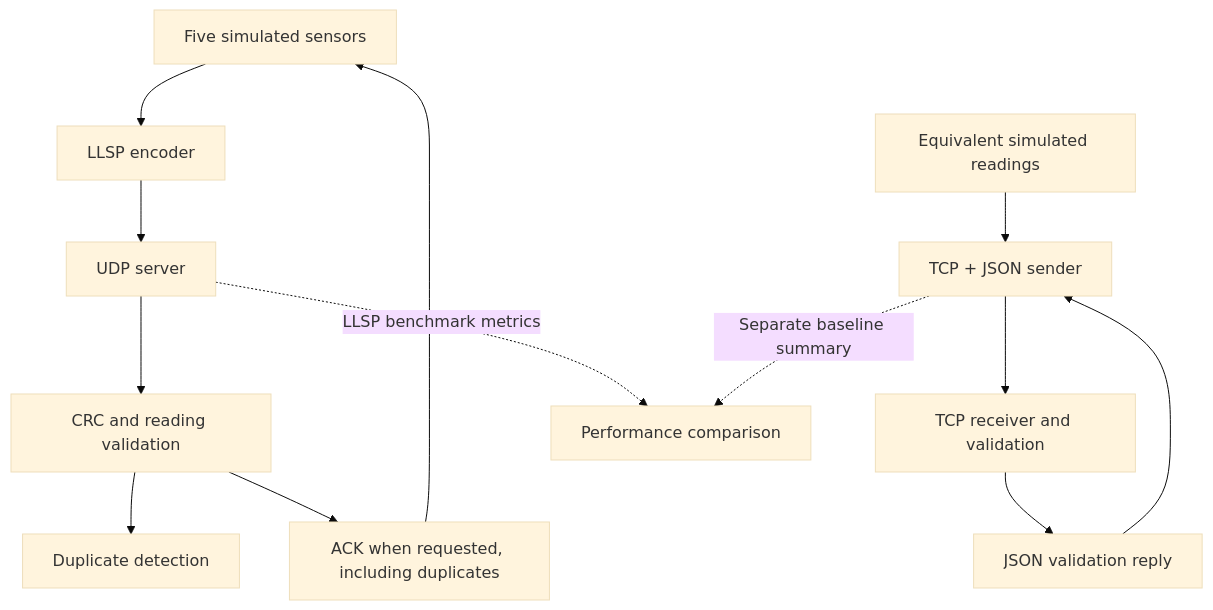
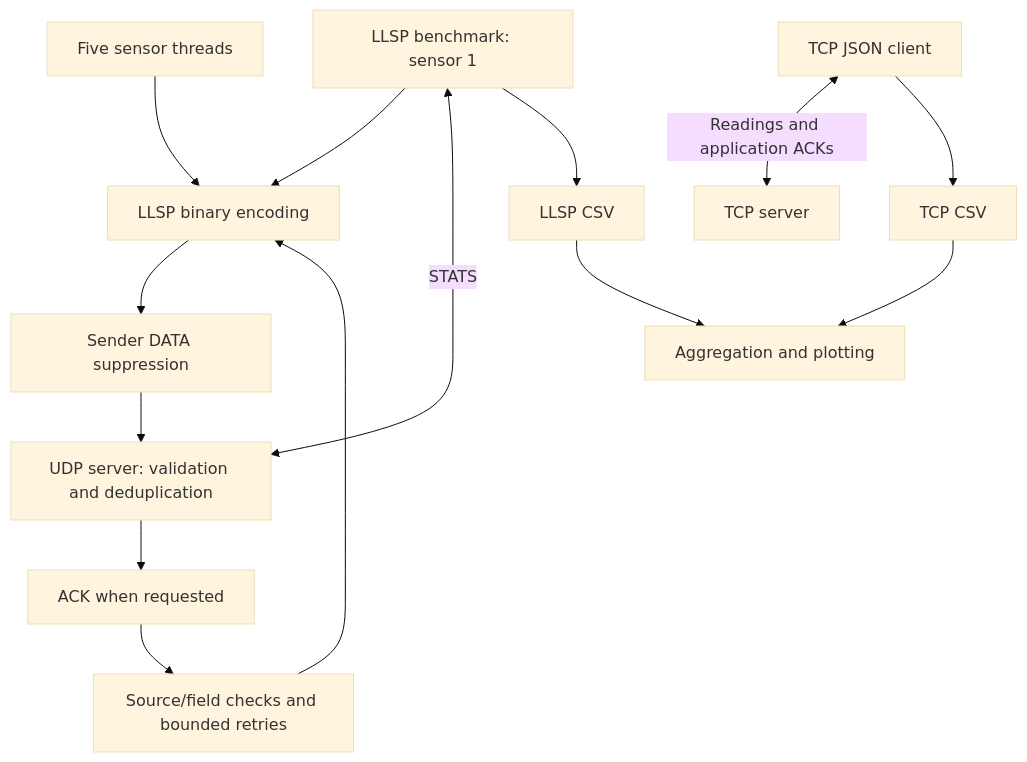
Before and after one commit to saradaahalya/PacketLab: the diagram in README.md, drawn with Mermaid (base theme). The commit also changed other lines of this file and 7 other files, not shown here.

````diff
--- a/README.md
+++ b/README.md
@@ -21,15 +26,16 @@
 ```mermaid
 flowchart TD
-    S[Five simulated sensors] --> E[LLSP encoder]
-    E --> U[UDP server]
-    U --> V[CRC and reading validation]
-    V --> D[Duplicate detection]
-    V --> A[ACK when requested, including duplicates]
-    A --> S
-    R[Equivalent simulated readings] --> J[TCP + JSON sender]
-    J --> T[TCP receiver and validation]
-    T --> K[JSON validation reply]
-    K --> J
-    U -. LLSP benchmark metrics .-> C[Performance comparison]
-    J -. Separate baseline summary .-> C
+    S[Five sensor threads] --> E[LLSP binary encoding]
+    B[LLSP benchmark: sensor 1] --> E
+    E --> L[Sender DATA suppression]
+    L --> U[UDP server: validation and deduplication]
+    U --> A[ACK when requested]
+    A --> R[Source/field checks and bounded retries]
+    R --> E
+    B <-->|STATS| U
+    B --> C[LLSP CSV]
+    T[TCP JSON client] <-->|Readings and application ACKs| V[TCP server]
+    T --> J[TCP CSV]
+    C --> P[Aggregation and plotting]
+    J --> P
 ```
````
